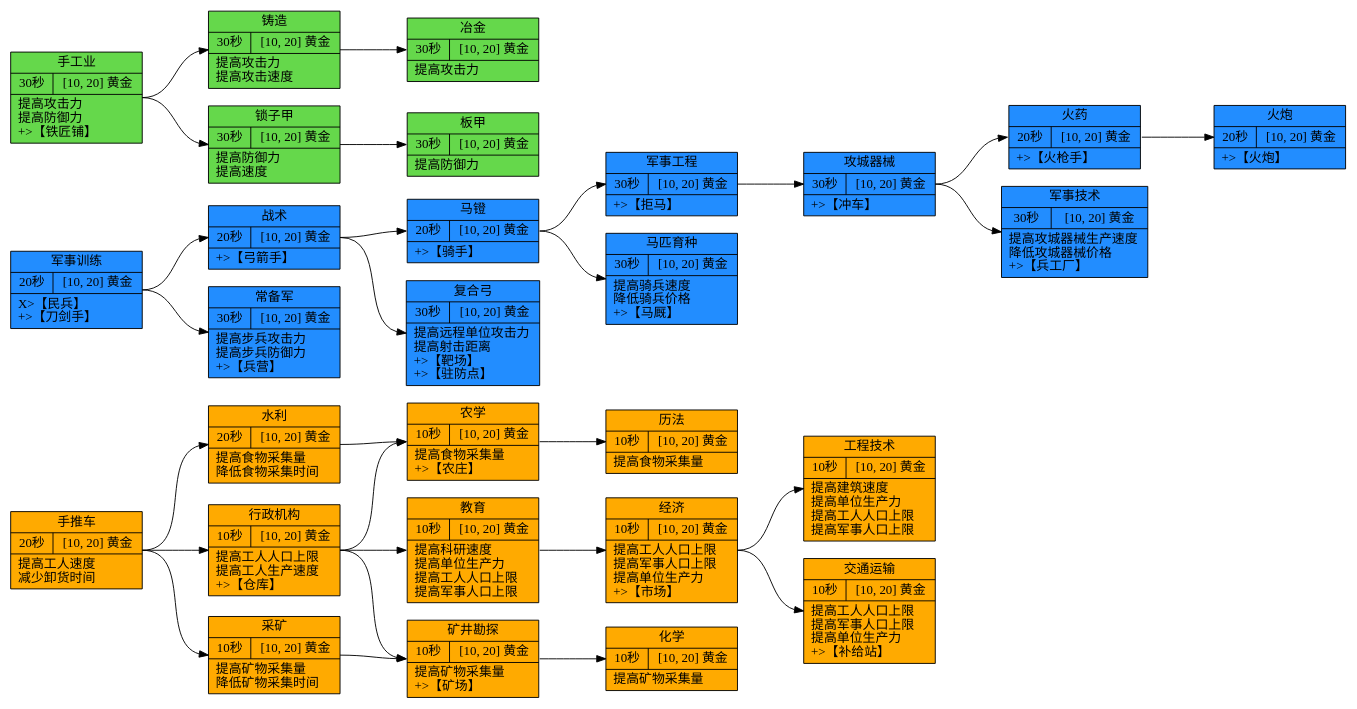
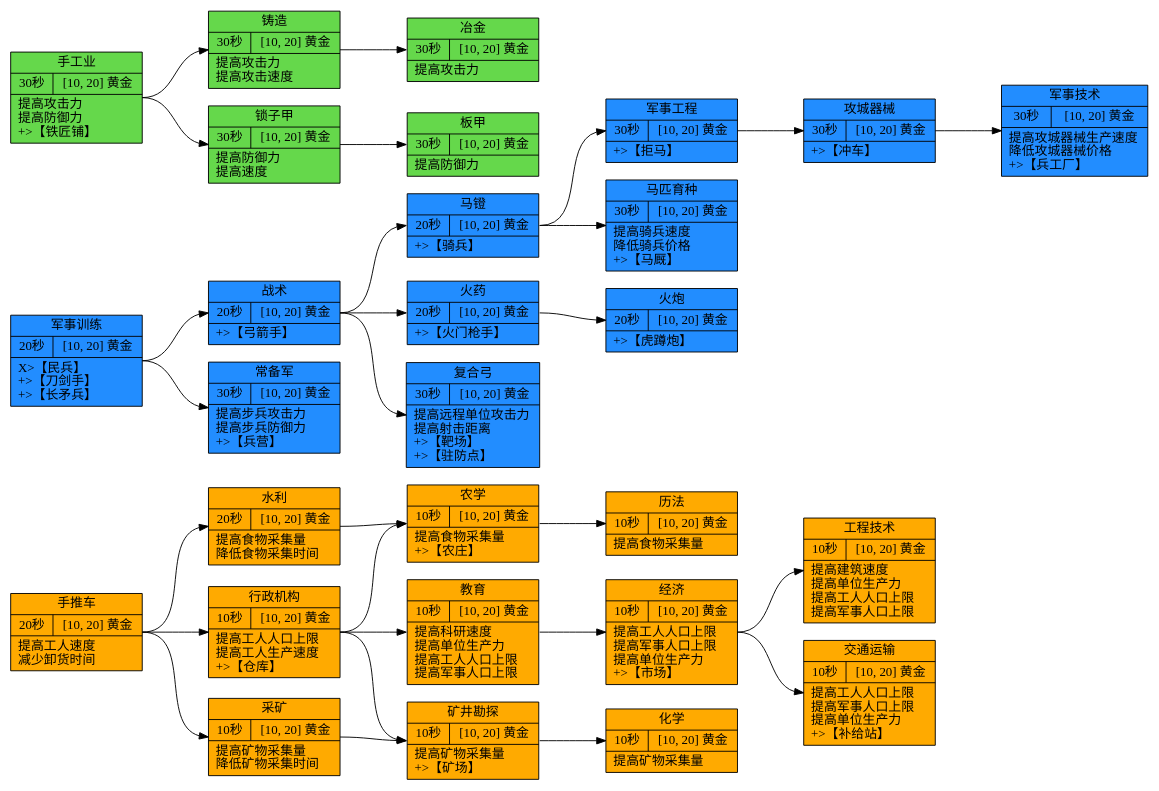
The diagram in PythonTools/TechTreeGraph/default.gv (HkingAuditore/ToyEmpiresDocuments), drawn with Graphviz before and after one commit. The commit also changed 33 other files, not shown here.

```diff
--- a/PythonTools/TechTreeGraph/default.gv
+++ b/PythonTools/TechTreeGraph/default.gv
@@ -1,58 +1,58 @@
 digraph G {
 	rankdir=LR ranksep=1
 	"手推车" [label="手推车|{<f0>20秒| <f1>[10, 20] 黄金 }|提高工人速度\l减少卸货时间\l" fillcolor="#ffaa00" fontname=SimSun shape=record style=filled]
 	"水利" [label="水利|{<f0>20秒| <f1>[10, 20] 黄金 }|提高食物采集量\l降低食物采集时间\l" fillcolor="#ffaa00" fontname=SimSun shape=record style=filled]
 	"手推车":e -> "水利":w [len=2.00]
 	"采矿" [label="采矿|{<f0>10秒| <f1>[10, 20] 黄金 }|提高矿物采集量\l降低矿物采集时间\l" fillcolor="#ffaa00" fontname=SimSun shape=record style=filled]
 	"手推车":e -> "采矿":w [len=2.00]
 	"行政机构" [label="行政机构|{<f0>10秒| <f1>[10, 20] 黄金 }|提高工人人口上限\l提高工人生产速度\l\+\>【仓库】\l" fillcolor="#ffaa00" fontname=SimSun shape=record style=filled]
 	"手推车":e -> "行政机构":w [len=2.00]
 	"农学" [label="农学|{<f0>10秒| <f1>[10, 20] 黄金 }|提高食物采集量\l\+\>【农庄】\l" fillcolor="#ffaa00" fontname=SimSun shape=record style=filled]
 	"水利":e -> "农学":w [len=2.00]
 	"行政机构":e -> "农学":w [len=2.00]
 	"历法" [label="历法|{<f0>10秒| <f1>[10, 20] 黄金 }|提高食物采集量\l" fillcolor="#ffaa00" fontname=SimSun shape=record style=filled]
 	"农学":e -> "历法":w [len=2.00]
 	"矿井勘探" [label="矿井勘探|{<f0>10秒| <f1>[10, 20] 黄金 }|提高矿物采集量\l\+\>【矿场】\l" fillcolor="#ffaa00" fontname=SimSun shape=record style=filled]
 	"采矿":e -> "矿井勘探":w [len=2.00]
 	"行政机构":e -> "矿井勘探":w [len=2.00]
 	"化学" [label="化学|{<f0>10秒| <f1>[10, 20] 黄金 }|提高矿物采集量\l" fillcolor="#ffaa00" fontname=SimSun shape=record style=filled]
 	"矿井勘探":e -> "化学":w [len=2.00]
 	"教育" [label="教育|{<f0>10秒| <f1>[10, 20] 黄金 }|提高科研速度\l提高单位生产力\l提高工人人口上限\l提高军事人口上限\l" fillcolor="#ffaa00" fontname=SimSun shape=record style=filled]
 	"行政机构":e -> "教育":w [len=2.00]
 	"经济" [label="经济|{<f0>10秒| <f1>[10, 20] 黄金 }|提高工人人口上限\l提高军事人口上限\l提高单位生产力\l\+\>【市场】\l" fillcolor="#ffaa00" fontname=SimSun shape=record style=filled]
 	"教育":e -> "经济":w [len=2.00]
 	"工程技术" [label="工程技术|{<f0>10秒| <f1>[10, 20] 黄金 }|提高建筑速度\l提高单位生产力\l提高工人人口上限\l提高军事人口上限\l" fillcolor="#ffaa00" fontname=SimSun shape=record style=filled]
 	"经济":e -> "工程技术":w [len=2.00]
 	"交通运输" [label="交通运输|{<f0>10秒| <f1>[10, 20] 黄金 }|提高工人人口上限\l提高军事人口上限\l提高单位生产力\l\+\>【补给站】\l" fillcolor="#ffaa00" fontname=SimSun shape=record style=filled]
 	"经济":e -> "交通运输":w [len=2.00]
-	"军事训练" [label="军事训练|{<f0>20秒| <f1>[10, 20] 黄金 }|\X\>【民兵】\l\+\>【刀剑手】\l" fillcolor="#228dff" fontname=SimSun shape=record style=filled]
+	"军事训练" [label="军事训练|{<f0>20秒| <f1>[10, 20] 黄金 }|\X\>【民兵】\l\+\>【刀剑手】\l\+\>【长矛兵】\l" fillcolor="#228dff" fontname=SimSun shape=record style=filled]
 	"战术" [label="战术|{<f0>20秒| <f1>[10, 20] 黄金 }|\+\>【弓箭手】\l" fillcolor="#228dff" fontname=SimSun shape=record style=filled]
 	"军事训练":e -> "战术":w [len=2.00]
-	"马镫" [label="马镫|{<f0>20秒| <f1>[10, 20] 黄金 }|\+\>【骑手】\l" fillcolor="#228dff" fontname=SimSun shape=record style=filled]
+	"马镫" [label="马镫|{<f0>20秒| <f1>[10, 20] 黄金 }|\+\>【骑兵】\l" fillcolor="#228dff" fontname=SimSun shape=record style=filled]
 	"战术":e -> "马镫":w [len=2.00]
 	"军事工程" [label="军事工程|{<f0>30秒| <f1>[10, 20] 黄金 }|\+\>【拒马】\l" fillcolor="#228dff" fontname=SimSun shape=record style=filled]
 	"马镫":e -> "军事工程":w [len=2.00]
 	"攻城器械" [label="攻城器械|{<f0>30秒| <f1>[10, 20] 黄金 }|\+\>【冲车】\l" fillcolor="#228dff" fontname=SimSun shape=record style=filled]
 	"军事工程":e -> "攻城器械":w [len=2.00]
-	"火药" [label="火药|{<f0>20秒| <f1>[10, 20] 黄金 }|\+\>【火枪手】\l" fillcolor="#228dff" fontname=SimSun shape=record style=filled]
-	"攻城器械":e -> "火药":w [len=2.00]
-	"火炮" [label="火炮|{<f0>20秒| <f1>[10, 20] 黄金 }|\+\>【火炮】\l" fillcolor="#228dff" fontname=SimSun shape=record style=filled]
+	"火药" [label="火药|{<f0>20秒| <f1>[10, 20] 黄金 }|\+\>【火门枪手】\l" fillcolor="#228dff" fontname=SimSun shape=record style=filled]
+	"战术":e -> "火药":w [len=2.00]
+	"火炮" [label="火炮|{<f0>20秒| <f1>[10, 20] 黄金 }|\+\>【虎蹲炮】\l" fillcolor="#228dff" fontname=SimSun shape=record style=filled]
 	"火药":e -> "火炮":w [len=2.00]
 	"常备军" [label="常备军|{<f0>30秒| <f1>[10, 20] 黄金 }|提高步兵攻击力\l提高步兵防御力\l\+\>【兵营】\l" fillcolor="#228dff" fontname=SimSun shape=record style=filled]
 	"军事训练":e -> "常备军":w [len=2.00]
 	"复合弓" [label="复合弓|{<f0>30秒| <f1>[10, 20] 黄金 }|提高远程单位攻击力\l提高射击距离\l\+\>【靶场】\l\+\>【驻防点】\l" fillcolor="#228dff" fontname=SimSun shape=record style=filled]
 	"战术":e -> "复合弓":w [len=2.00]
 	"马匹育种" [label="马匹育种|{<f0>30秒| <f1>[10, 20] 黄金 }|提高骑兵速度\l降低骑兵价格\l\+\>【马厩】\l" fillcolor="#228dff" fontname=SimSun shape=record style=filled]
 	"马镫":e -> "马匹育种":w [len=2.00]
 	"军事技术" [label="军事技术|{<f0>30秒| <f1>[10, 20] 黄金 }|提高攻城器械生产速度\l降低攻城器械价格\l\+\>【兵工厂】\l" fillcolor="#228dff" fontname=SimSun shape=record style=filled]
 	"攻城器械":e -> "军事技术":w [len=2.00]
 	"手工业" [label="手工业|{<f0>30秒| <f1>[10, 20] 黄金 }|提高攻击力\l提高防御力\l\+\>【铁匠铺】\l" fillcolor="#65d84b" fontname=SimSun shape=record style=filled]
 	"铸造" [label="铸造|{<f0>30秒| <f1>[10, 20] 黄金 }|提高攻击力\l提高攻击速度\l" fillcolor="#65d84b" fontname=SimSun shape=record style=filled]
 	"手工业":e -> "铸造":w [len=2.00]
 	"冶金" [label="冶金|{<f0>30秒| <f1>[10, 20] 黄金 }|提高攻击力\l" fillcolor="#65d84b" fontname=SimSun shape=record style=filled]
 	"铸造":e -> "冶金":w [len=2.00]
 	"锁子甲" [label="锁子甲|{<f0>30秒| <f1>[10, 20] 黄金 }|提高防御力\l提高速度\l" fillcolor="#65d84b" fontname=SimSun shape=record style=filled]
 	"手工业":e -> "锁子甲":w [len=2.00]
 	"板甲" [label="板甲|{<f0>30秒| <f1>[10, 20] 黄金 }|提高防御力\l" fillcolor="#65d84b" fontname=SimSun shape=record style=filled]
 	"锁子甲":e -> "板甲":w [len=2.00]
 }
```
